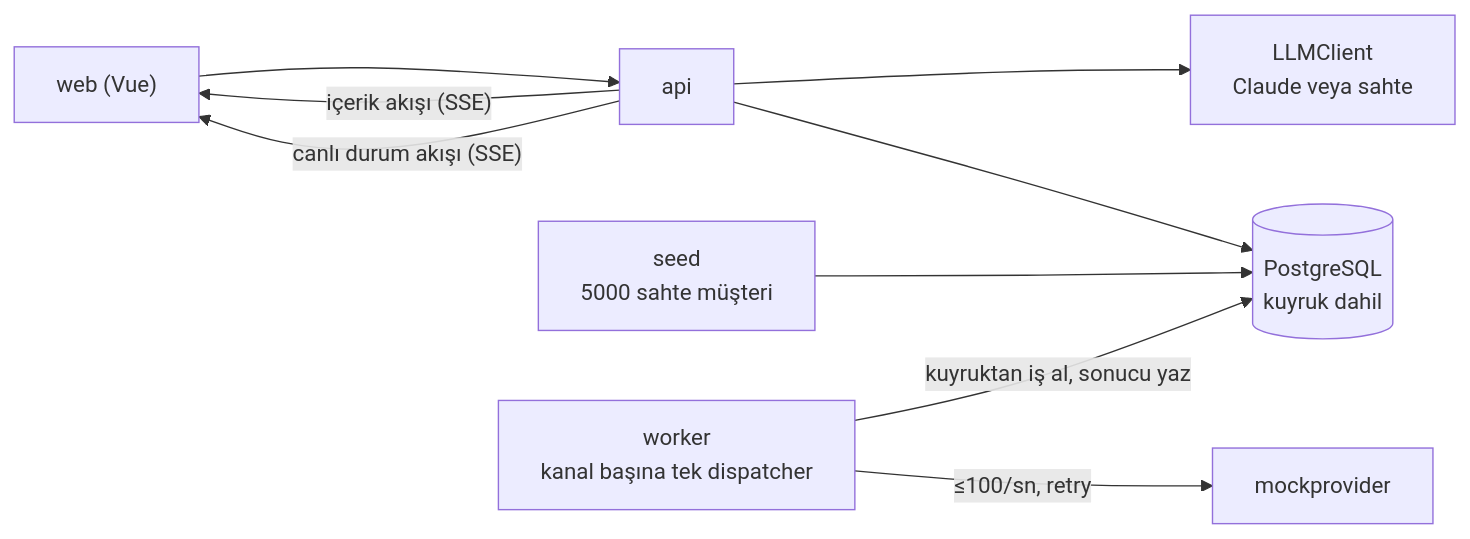
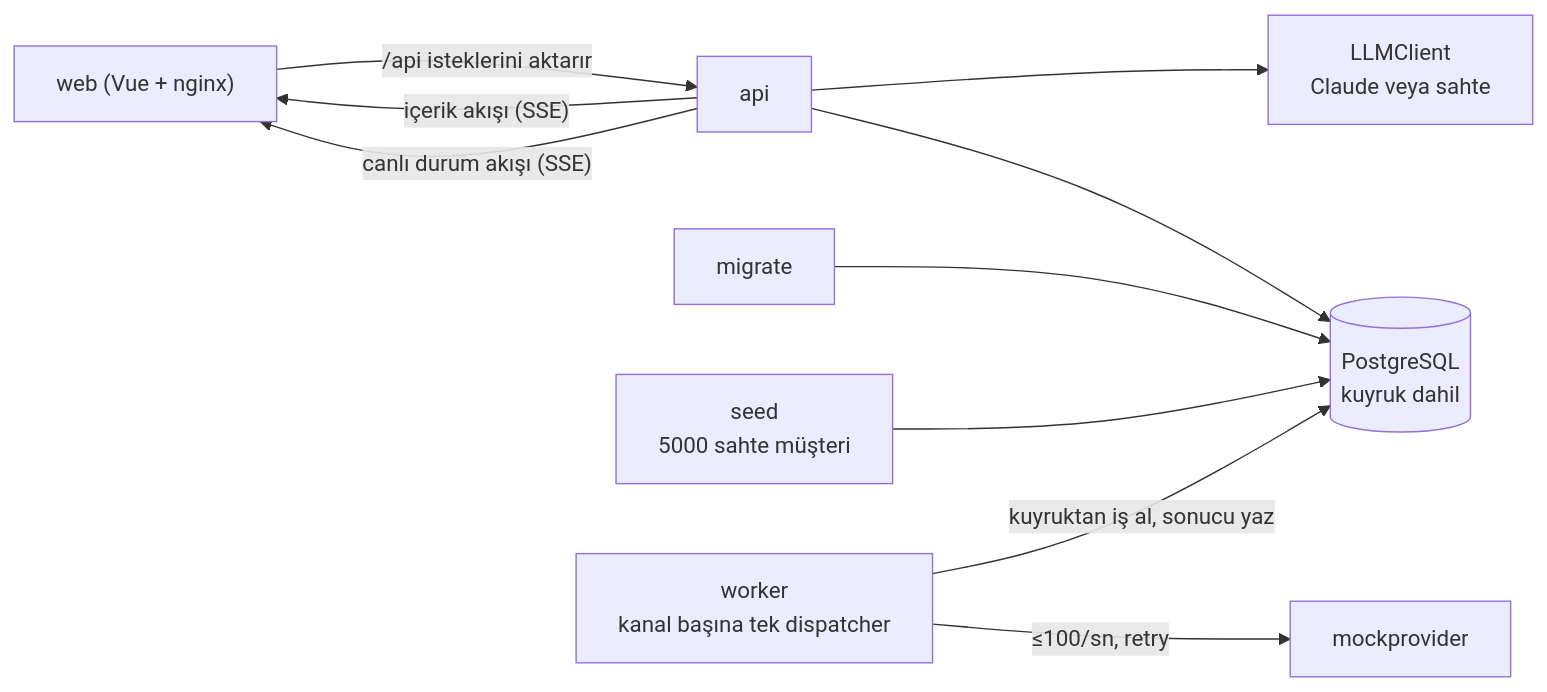
Before and after one commit to gulcint/smart-campaign-composer: the third of 3 diagrams in README.md, drawn with Mermaid. The commit also changed other lines of this file, not shown here.

````diff
--- a/README.md
+++ b/README.md
@@ -67,19 +76,21 @@
 ```mermaid
 flowchart LR
-  web["web (Vue)"]
+  web["web (Vue + nginx)"]
   api["api"]
   llm["LLMClient<br/>Claude veya sahte"]
   db[("PostgreSQL<br/>kuyruk dahil")]
+  migrate["migrate"]
   seed["seed<br/>5000 sahte müşteri"]
   worker["worker<br/>kanal başına tek dispatcher"]
   mock["mockprovider"]
 
-  web --> api
+  web -- "/api isteklerini aktarır" --> api
   api -- "içerik akışı (SSE)" --> web
   api -- "canlı durum akışı (SSE)" --> web
   api --> llm
   api --> db
+  migrate --> db
   seed --> db
   worker -- "kuyruktan iş al, sonucu yaz" --> db
   worker -- "≤100/sn, retry" --> mock
 ```
````
